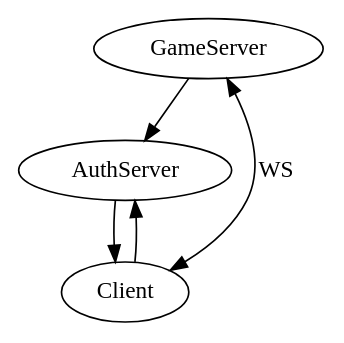
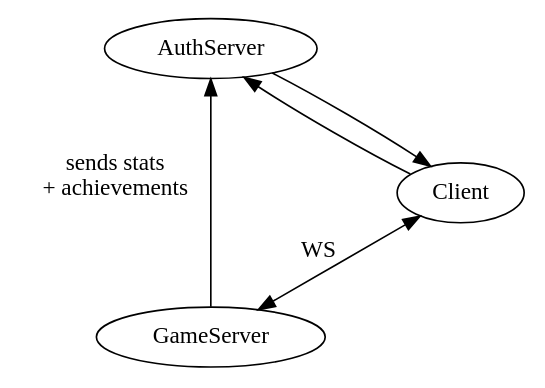
One commit to cgsdev0/rollycubes changed the diagram in system.dot. Above: the diagram before and after it, drawn with Graphviz.

```diff
--- a/system.dot
+++ b/system.dot
@@ -1,6 +1,8 @@
 digraph {
-  GameServer -> AuthServer
+  layout="circo"
+  GameServer
+  GameServer -> AuthServer [label="sends stats\n+ achievements"]
   Client -> AuthServer
   AuthServer -> Client
   Client -> GameServer [dir="both",label="WS"]
 }
```
